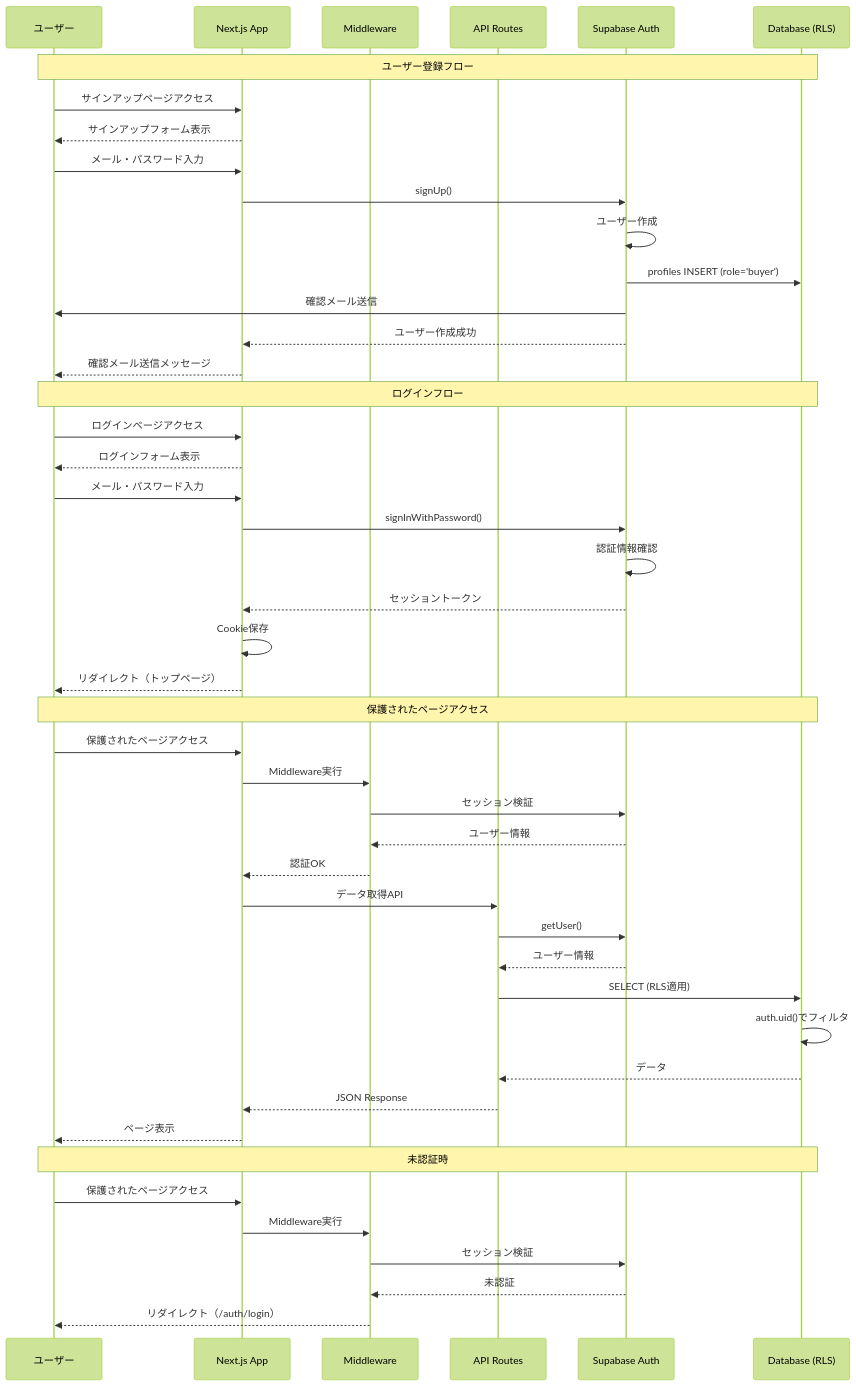
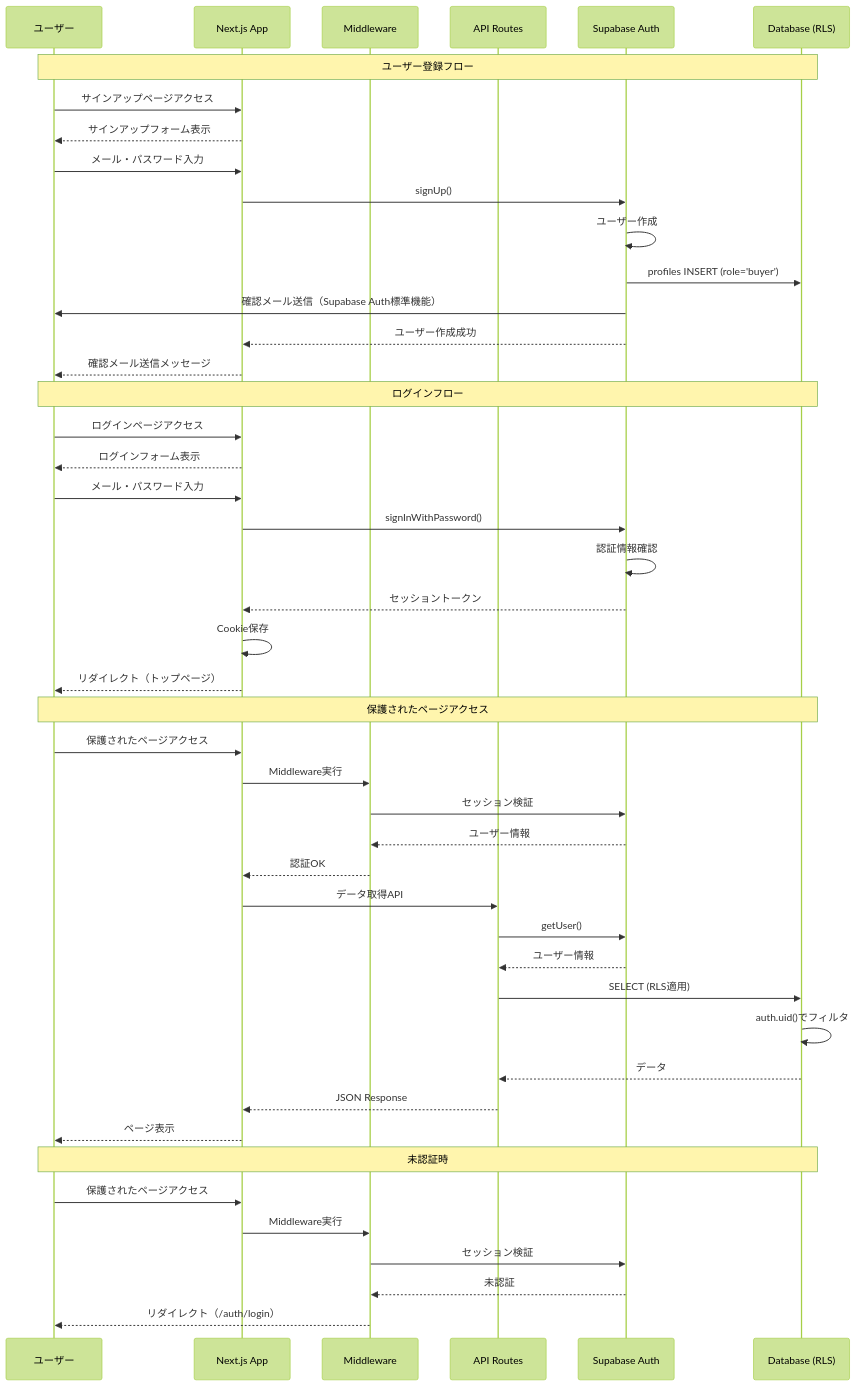
One commit to yasu-dev/tts-v1 changed the tenth of 16 diagrams in docs/architecture-diagrams.md. Above: the diagram before and after it, drawn with Mermaid (forest theme). The commit also changed other lines of this file and 31 other files, not shown here.

````diff
--- a/docs/architecture-diagrams.md
+++ b/docs/architecture-diagrams.md
@@ -493,56 +481,56 @@
 ```mermaid
 sequenceDiagram
     participant U as ユーザー
     participant APP as Next.js App
     participant MW as Middleware
     participant API as API Routes
     participant AUTH as Supabase Auth
     participant DB as Database (RLS)
 
     Note over U,DB: ユーザー登録フロー
 
     U->>APP: サインアップページアクセス
     APP-->>U: サインアップフォーム表示
     U->>APP: メール・パスワード入力
     APP->>AUTH: signUp()
     AUTH->>AUTH: ユーザー作成
     AUTH->>DB: profiles INSERT (role='buyer')
-    AUTH->>U: 確認メール送信
+    AUTH->>U: 確認メール送信（Supabase Auth標準機能）
     AUTH-->>APP: ユーザー作成成功
     APP-->>U: 確認メール送信メッセージ
 
     Note over U,DB: ログインフロー
 
     U->>APP: ログインページアクセス
     APP-->>U: ログインフォーム表示
     U->>APP: メール・パスワード入力
     APP->>AUTH: signInWithPassword()
     AUTH->>AUTH: 認証情報確認
     AUTH-->>APP: セッショントークン
     APP->>APP: Cookie保存
     APP-->>U: リダイレクト（トップページ）
 
     Note over U,DB: 保護されたページアクセス
 
     U->>APP: 保護されたページアクセス
     APP->>MW: Middleware実行
     MW->>AUTH: セッション検証
     AUTH-->>MW: ユーザー情報
     MW-->>APP: 認証OK
     APP->>API: データ取得API
     API->>AUTH: getUser()
     AUTH-->>API: ユーザー情報
     API->>DB: SELECT (RLS適用)
     DB->>DB: auth.uid()でフィルタ
     DB-->>API: データ
     API-->>APP: JSON Response
     APP-->>U: ページ表示
 
     Note over U,DB: 未認証時
 
     U->>APP: 保護されたページアクセス
     APP->>MW: Middleware実行
     MW->>AUTH: セッション検証
     AUTH-->>MW: 未認証
     MW-->>U: リダイレクト（/auth/login）
 ```
````
